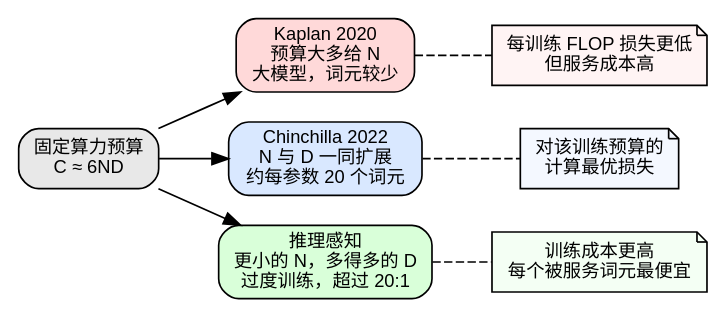
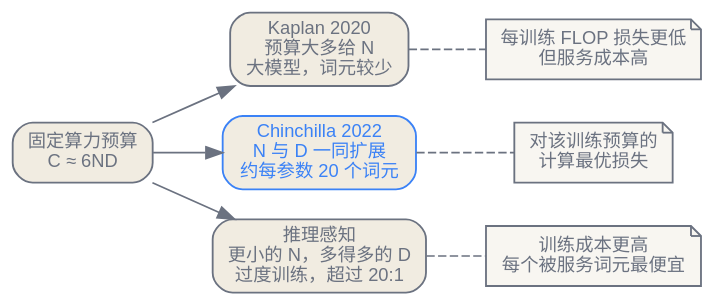
The first of 2 diagrams in zh/p1-foundations/03-scaling-laws.qmd (latere-ai/ai-as-an-infrastructure), drawn with Graphviz before and after one commit. The commit also changed 186 other files, not shown here.

First line of the commit message:
book: visual audit pass on all diagrams and figures

````diff
--- a/zh/p1-foundations/03-scaling-laws.qmd
+++ b/zh/p1-foundations/03-scaling-laws.qmd
@@ -57,27 +57,28 @@
 ```{dot}
 //| label: fig-scaling-allocation
 //| fig-cap: "一笔固定的训练算力预算 C 约为 6ND 在三种规模选定法则下如何分配为参数 N 与词元 D。据 Kaplan 等（2020）、Hoffmann 等（2022）与推理感知的扩展。"
 digraph allocation {
   rankdir=LR;
-  node [shape=box, style="rounded,filled", fontname="Helvetica", fontsize=11];
-  edge [fontname="Helvetica", fontsize=10];
+  bgcolor="transparent";
+  node [shape=box, style="rounded,filled", fontname="Helvetica", fontsize=11, color="#6b7280", fontcolor="#6b7280", fillcolor="#f1ece1", penwidth=1.1];
+  edge [fontname="Helvetica", fontsize=10, color="#6b7280", fontcolor="#6b7280"];
 
-  budget [label="固定算力预算\nC ≈ 6ND", fillcolor="#e8e8e8"];
+  budget [label="固定算力预算\nC ≈ 6ND"];
 
-  kaplan [label="Kaplan 2020\n预算大多给 N\n大模型，词元较少", fillcolor="#ffd9d9"];
-  chin [label="Chinchilla 2022\nN 与 D 一同扩展\n约每参数 20 个词元", fillcolor="#d9e8ff"];
-  infer [label="推理感知\n更小的 N，多得多的 D\n过度训练，超过 20:1", fillcolor="#d9ffd9"];
+  kaplan [label="Kaplan 2020\n预算大多给 N\n大模型，词元较少"];
+  chin [label="Chinchilla 2022\nN 与 D 一同扩展\n约每参数 20 个词元", color="#3b82f6", fontcolor="#3b82f6"];
+  infer [label="推理感知\n更小的 N，多得多的 D\n过度训练，超过 20:1"];
 
   budget -> kaplan;
   budget -> chin;
   budget -> infer;
 
   kaplan -> k_out [arrowhead=none, style=dashed];
   chin -> c_out [arrowhead=none, style=dashed];
   infer -> i_out [arrowhead=none, style=dashed];
 
-  k_out [shape=note, fillcolor="#fff4f4", label="每训练 FLOP 损失更低\n但服务成本高"];
-  c_out [shape=note, fillcolor="#f4f8ff", label="对该训练预算的\n计算最优损失"];
-  i_out [shape=note, fillcolor="#f4fff4", label="训练成本更高\n每个被服务词元最便宜"];
+  k_out [shape=note, style=filled, fillcolor="#f8f6f1", label="每训练 FLOP 损失更低\n但服务成本高"];
+  c_out [shape=note, style=filled, fillcolor="#f8f6f1", label="对该训练预算的\n计算最优损失"];
+  i_out [shape=note, style=filled, fillcolor="#f8f6f1", label="训练成本更高\n每个被服务词元最便宜"];
 }
 ```
````
